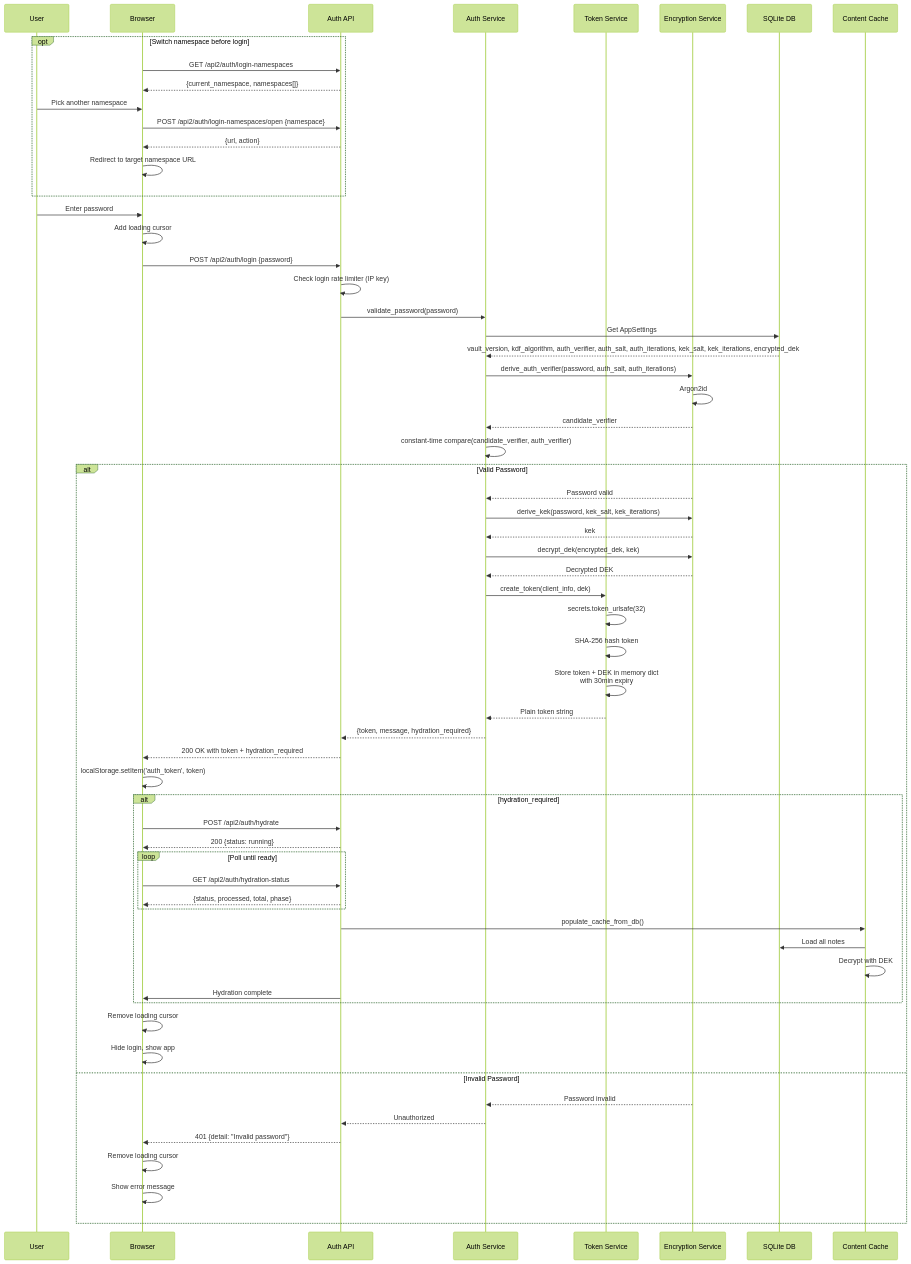
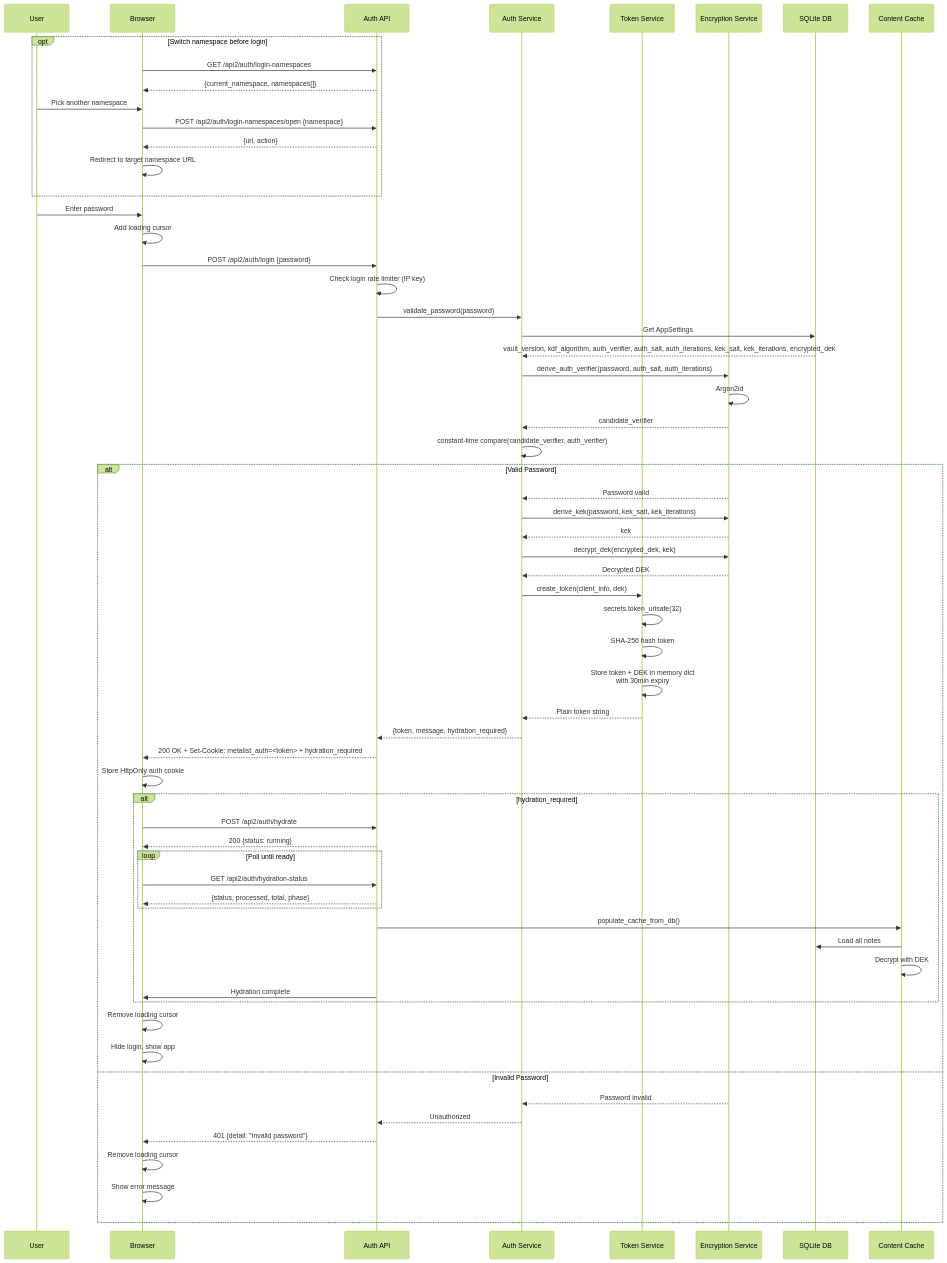
Before and after one commit to evolvingstuff/metalist: the diagram in docs/diagrams/auth-flow.md, drawn with Mermaid (forest theme). The commit also changed other lines of this file and 42 other files, not shown here.

````diff
--- a/docs/diagrams/auth-flow.md
+++ b/docs/diagrams/auth-flow.md
@@ -5,73 +5,73 @@
 ```mermaid
 sequenceDiagram
     participant U as User
     participant Browser as Browser
     participant API as Auth API
     participant AuthSvc as Auth Service
     participant TokenSvc as Token Service
     participant Enc as Encryption Service
     participant DB as SQLite DB
     participant Cache as Content Cache
 
     opt Switch namespace before login
         Browser->>API: GET /api2/auth/login-namespaces
         API-->>Browser: {current_namespace, namespaces[]}
         U->>Browser: Pick another namespace
         Browser->>API: POST /api2/auth/login-namespaces/open {namespace}
         API-->>Browser: {url, action}
         Browser->>Browser: Redirect to target namespace URL
     end
     
     U->>Browser: Enter password
     Browser->>Browser: Add loading cursor
     Browser->>API: POST /api2/auth/login {password}
     API->>API: Check login rate limiter (IP key)
     
     API->>AuthSvc: validate_password(password)
     AuthSvc->>DB: Get AppSettings
     DB-->>AuthSvc: vault_version, kdf_algorithm, auth_verifier, auth_salt, auth_iterations, kek_salt, kek_iterations, encrypted_dek
     
     AuthSvc->>Enc: derive_auth_verifier(password, auth_salt, auth_iterations)
     Enc->>Enc: Argon2id
     Enc-->>AuthSvc: candidate_verifier
     
     AuthSvc->>AuthSvc: constant-time compare(candidate_verifier, auth_verifier)
     
     alt Valid Password
         Enc-->>AuthSvc: Password valid
         AuthSvc->>Enc: derive_kek(password, kek_salt, kek_iterations)
         Enc-->>AuthSvc: kek
         AuthSvc->>Enc: decrypt_dek(encrypted_dek, kek)
         Enc-->>AuthSvc: Decrypted DEK
         
         AuthSvc->>TokenSvc: create_token(client_info, dek)
         TokenSvc->>TokenSvc: secrets.token_urlsafe(32)
         TokenSvc->>TokenSvc: SHA-256 hash token
         TokenSvc->>TokenSvc: Store token + DEK in memory dict<br/>with 30min expiry
         TokenSvc-->>AuthSvc: Plain token string
         
         AuthSvc-->>API: {token, message, hydration_required}
-        API-->>Browser: 200 OK with token + hydration_required
-        Browser->>Browser: localStorage.setItem('auth_token', token)
+        API-->>Browser: 200 OK + Set-Cookie: metalist_auth=<token> + hydration_required
+        Browser->>Browser: Store HttpOnly auth cookie
         alt hydration_required
             Browser->>API: POST /api2/auth/hydrate
             API-->>Browser: 200 {status: running}
             loop Poll until ready
                 Browser->>API: GET /api2/auth/hydration-status
                 API-->>Browser: {status, processed, total, phase}
             end
             API->>Cache: populate_cache_from_db()
             Cache->>DB: Load all notes
             Cache->>Cache: Decrypt with DEK
             API->>Browser: Hydration complete
         end
         Browser->>Browser: Remove loading cursor
         Browser->>Browser: Hide login, show app
     else Invalid Password
         Enc-->>AuthSvc: Password invalid
         AuthSvc-->>API: Unauthorized
         API-->>Browser: 401 {detail: "Invalid password"}
         Browser->>Browser: Remove loading cursor
         Browser->>Browser: Show error message
     end
 ```
````
